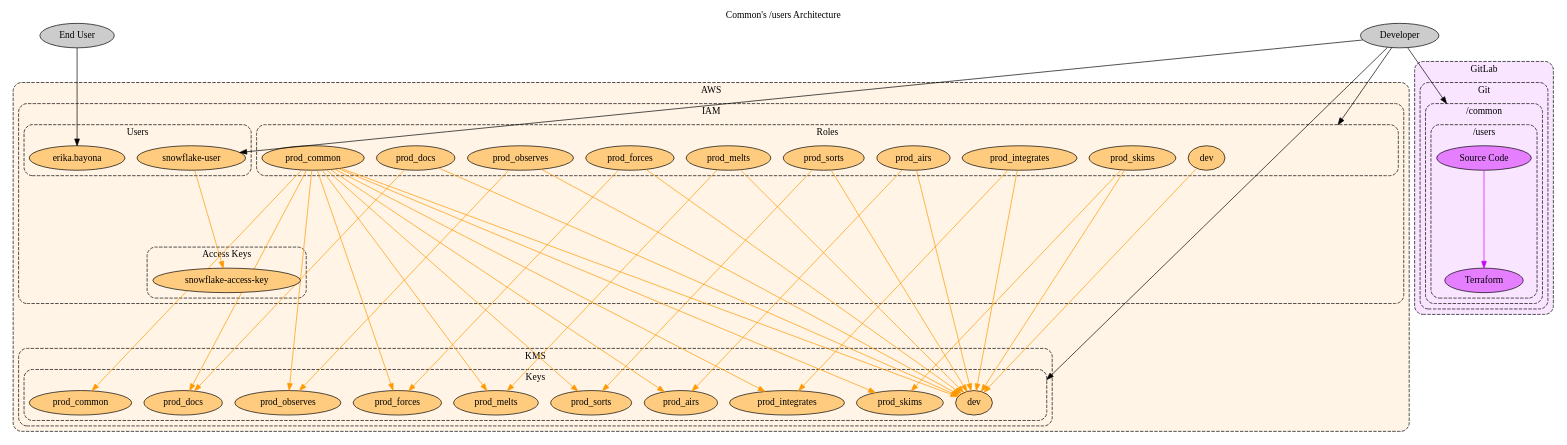
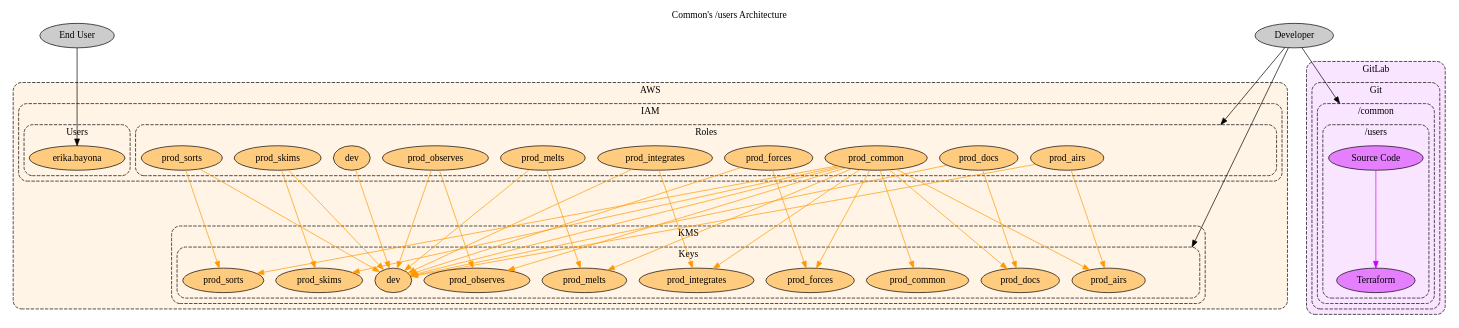
The diagram in docs/src/docs/development/products/common/users-arch.dot (jeanbaptistemora/fluidattacks-universe2), drawn with Graphviz before and after one commit. The commit also changed 2 other files, not shown here.

Commit message:
docs\refac(doc): #7826.2 snowflake arch
- update redshift section
- remove snowflake refs from arch

```diff
--- a/docs/src/docs/development/products/common/users-arch.dot
+++ b/docs/src/docs/development/products/common/users-arch.dot
@@ -1,154 +1,134 @@
 // SPDX-FileCopyrightText: 2022 Fluid Attacks <development@fluidattacks.com>
 //
 // SPDX-License-Identifier: MPL-2.0
 
 digraph common {
   label="Common's /users Architecture"
   labelloc="t"
   compound="true"
   layout="dot"
   splines="line"
   scale="scalexy"
   ranksep="2.0"
 
   node[style="filled"]
   graph[style="dashed,rounded"]
 
   subgraph cluster_aws {
     label="AWS"
     bgcolor="0.1 0.1 1.0"
     node[fillcolor="0.1 0.5 1.0"]
 
     subgraph cluster_aws_iam {
       label="IAM"
 
       subgraph cluster_aws_iam_roles {
         label="Roles"
 
         cluster_aws_iam_roles[style="invis"]
         aws_iam_roles_dev[label="dev"]
         aws_iam_roles_prod_airs[label="prod_airs"]
         aws_iam_roles_prod_common[label="prod_common"]
         aws_iam_roles_prod_docs[label="prod_docs"]
         aws_iam_roles_prod_forces[label="prod_forces"]
         aws_iam_roles_prod_integrates[label="prod_integrates"]
         aws_iam_roles_prod_melts[label="prod_melts"]
         aws_iam_roles_prod_observes[label="prod_observes"]
         aws_iam_roles_prod_skims[label="prod_skims"]
         aws_iam_roles_prod_sorts[label="prod_sorts"]
       }
 
       subgraph cluster_aws_iam_users {
         label="Users"
 
         aws_iam_users_erika_bayona[label="erika.bayona"]
-        aws_iam_users_snowflake_user[label="snowflake-user"]
       }
 
-      subgraph cluster_aws_iam_access_keys {
-        label="Access Keys"
-
-        aws_iam_access_keys_snowflake_access_key[label="snowflake-access-key"]
-      }
     }
 
     subgraph cluster_aws_kms {
       label="KMS"
 
       subgraph cluster_aws_kms_keys {
         label="Keys"
 
         cluster_aws_kms_keys[label="" style="invis"]
         aws_kms_keys_dev[label="dev"]
         aws_kms_keys_prod_airs[label="prod_airs"]
         aws_kms_keys_prod_common[label="prod_common"]
         aws_kms_keys_prod_docs[label="prod_docs"]
         aws_kms_keys_prod_forces[label="prod_forces"]
         aws_kms_keys_prod_integrates[label="prod_integrates"]
         aws_kms_keys_prod_melts[label="prod_melts"]
         aws_kms_keys_prod_observes[label="prod_observes"]
         aws_kms_keys_prod_skims[label="prod_skims"]
         aws_kms_keys_prod_sorts[label="prod_sorts"]
       }
     }
   }
 
   subgraph cluster_gitlab {
     label="GitLab"
     bgcolor="0.8 0.1 1.0"
     node[fillcolor="0.8 0.5 1.0"]
 
     subgraph cluster_gitlab_git {
       label="Git"
 
       subgraph cluster_gitlab_git_common {
         label="/common"
 
         subgraph cluster_gitlab_git_common_users {
           label="/users"
 
           gitlab_git_common_users[label="Source Code"]
           gitlab_git_common_users_terraform[label="Terraform"]
         }
       }
     }
   }
 
-  aws_iam_access_keys_snowflake_access_key -> cluster_aws_kms_keys[style="invis"]
-  aws_iam_access_keys_snowflake_access_key -> aws_kms_keys_dev[style="invis"]
-  aws_iam_access_keys_snowflake_access_key -> aws_kms_keys_prod_airs[style="invis"]
-  aws_iam_access_keys_snowflake_access_key -> aws_kms_keys_prod_common[style="invis"]
-  aws_iam_access_keys_snowflake_access_key -> aws_kms_keys_prod_docs[style="invis"]
-  aws_iam_access_keys_snowflake_access_key -> aws_kms_keys_prod_forces[style="invis"]
-  aws_iam_access_keys_snowflake_access_key -> aws_kms_keys_prod_integrates[style="invis"]
-  aws_iam_access_keys_snowflake_access_key -> aws_kms_keys_prod_melts[style="invis"]
-  aws_iam_access_keys_snowflake_access_key -> aws_kms_keys_prod_observes[style="invis"]
-  aws_iam_access_keys_snowflake_access_key -> aws_kms_keys_prod_skims[style="invis"]
-  aws_iam_access_keys_snowflake_access_key -> aws_kms_keys_prod_sorts[style="invis"]
-
   edge[color="0.1 1.0 1.0"]
   aws_iam_roles_dev -> aws_kms_keys_dev[]
   aws_iam_roles_prod_airs -> aws_kms_keys_dev[]
   aws_iam_roles_prod_airs -> aws_kms_keys_prod_airs[]
   aws_iam_roles_prod_common -> aws_kms_keys_dev[]
   aws_iam_roles_prod_common -> aws_kms_keys_prod_airs[]
   aws_iam_roles_prod_common -> aws_kms_keys_prod_common[]
   aws_iam_roles_prod_common -> aws_kms_keys_prod_docs[]
   aws_iam_roles_prod_common -> aws_kms_keys_prod_forces[]
   aws_iam_roles_prod_common -> aws_kms_keys_prod_integrates[]
   aws_iam_roles_prod_common -> aws_kms_keys_prod_melts[]
   aws_iam_roles_prod_common -> aws_kms_keys_prod_observes[]
   aws_iam_roles_prod_common -> aws_kms_keys_prod_skims[]
   aws_iam_roles_prod_common -> aws_kms_keys_prod_sorts[]
   aws_iam_roles_prod_docs -> aws_kms_keys_dev[]
   aws_iam_roles_prod_docs -> aws_kms_keys_prod_docs[]
   aws_iam_roles_prod_forces -> aws_kms_keys_dev[]
   aws_iam_roles_prod_forces -> aws_kms_keys_prod_forces[]
   aws_iam_roles_prod_integrates -> aws_kms_keys_dev[]
   aws_iam_roles_prod_integrates -> aws_kms_keys_prod_integrates[]
   aws_iam_roles_prod_melts -> aws_kms_keys_dev[]
   aws_iam_roles_prod_melts -> aws_kms_keys_prod_melts[]
   aws_iam_roles_prod_observes -> aws_kms_keys_dev[]
   aws_iam_roles_prod_observes -> aws_kms_keys_prod_observes[]
   aws_iam_roles_prod_skims -> aws_kms_keys_dev[]
   aws_iam_roles_prod_skims -> aws_kms_keys_prod_skims[]
   aws_iam_roles_prod_sorts -> aws_kms_keys_dev[]
   aws_iam_roles_prod_sorts -> aws_kms_keys_prod_sorts[]
-  aws_iam_users_snowflake_user -> aws_iam_access_keys_snowflake_access_key[]
 
   edge[color="0.6 1.0 1.0"]
 
   edge[color="0.8 1.0 1.0"]
   gitlab_git_common_users -> gitlab_git_common_users_terraform[]
 
   node[fillcolor="0.0 0.0 0.8"]
   developer[label="Developer"]
   end_user[label="End User"]
 
   edge[color="0.0 0.0 0.0"]
   developer -> cluster_aws_kms_keys[lhead="cluster_aws_kms_keys"]
   developer -> cluster_aws_iam_roles[lhead="cluster_aws_iam_roles"]
   developer -> gitlab_git_common_users[lhead="cluster_gitlab_git_common"]
-  developer -> aws_iam_users_snowflake_user[]
   end_user -> aws_iam_users_erika_bayona[]
 }
```
